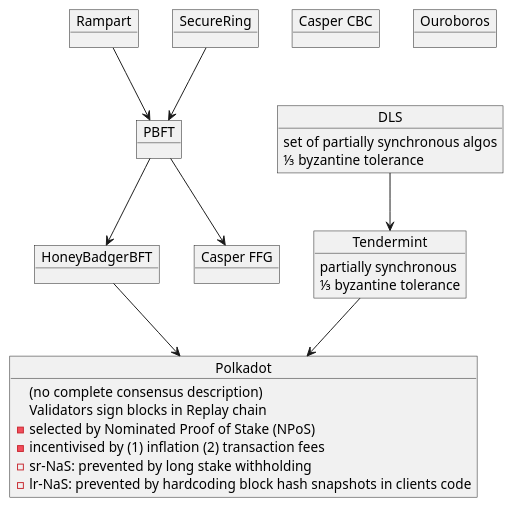
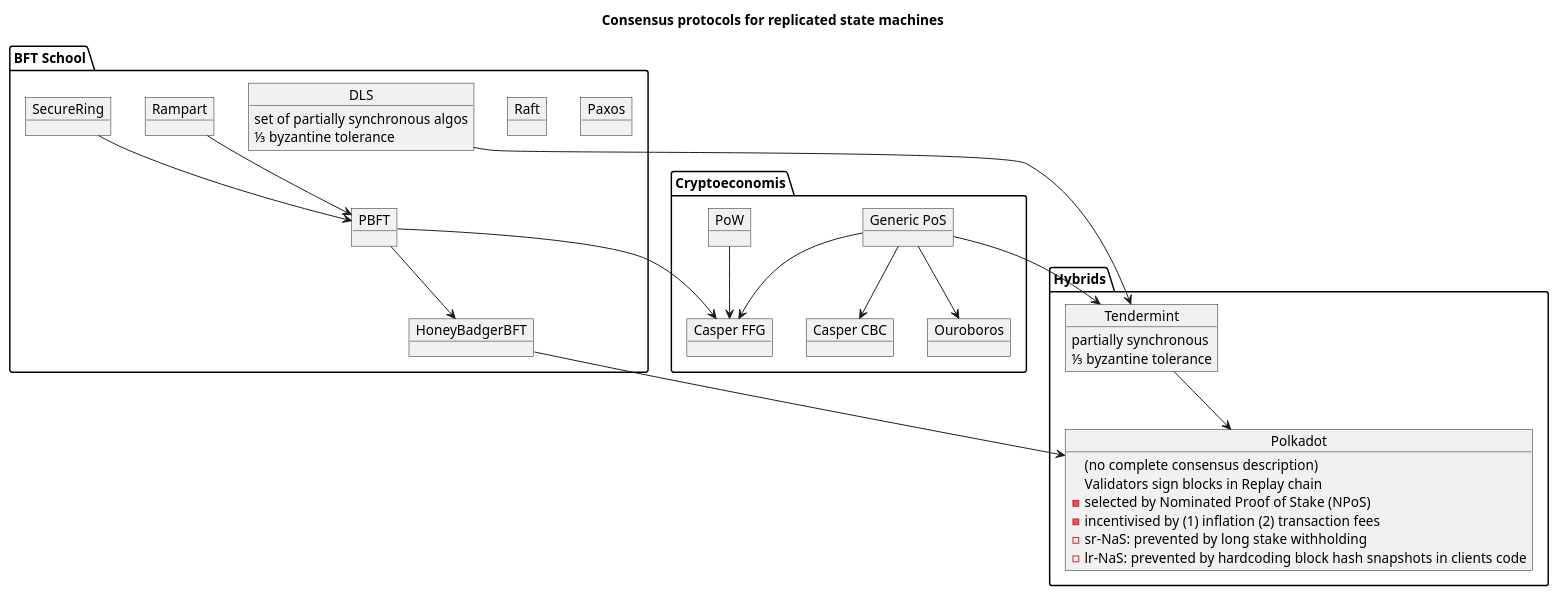
The diagram in plantuml/bft_consensuses_tree.plantuml (pandoraboxchain/papers), drawn with PlantUML before and after one commit.

```diff
--- a/plantuml/bft_consensuses_tree.plantuml
+++ b/plantuml/bft_consensuses_tree.plantuml
@@ -1,39 +1,59 @@
 @startuml
+title Consensus protocols for replicated state machines
+
+package "BFT School" {
+object "Paxos" as paxos
+object "Raft" as raft
 object "Rampart" as rampart
 object "SecureRing" as securering
 object "DLS" as dls
 object "PBFT" as pbft
 object "HoneyBadgerBFT" as hbbft
+}
+
+package "Cryptoeconomis" {
+object "Generic PoS" as pos
+object "Casper CBC" as cbc
+object "Ouroboros" as ouroboros
+object "PoW" as pow
+object "Casper FFG" as ffg
+pow --> ffg
+}
+
+package "Hybrids" {
 object "Tendermint" as tendermint
 object "Polkadot" as polkadot
-object "Casper FFG" as ffg
-object "Casper CBC" as cbc
-object "Ouroboros" as ouroboros
+}
+
+pos --> cbc
+pos --> ouroboros
+pos --> tendermint
+pos --> ffg
 
 rampart --> pbft
 securering --> pbft
 pbft --> hbbft
 dls --> tendermint
 hbbft --> polkadot
 tendermint --> polkadot
 pbft --> ffg
 
 object dls {
   set of partially synchronous algos
   ⅓ byzantine tolerance
 }
 
 object tendermint {
   partially synchronous
   ⅓ byzantine tolerance
 }
 
 object polkadot {
   (no complete consensus description)
   Validators sign blocks in Replay chain
   - selected by Nominated Proof of Stake (NPoS)
   - incentivised by (1) inflation (2) transaction fees
   - sr-NaS: prevented by long stake withholding
   - lr-NaS: prevented by hardcoding block hash snapshots in clients code
 }
 @enduml
```
